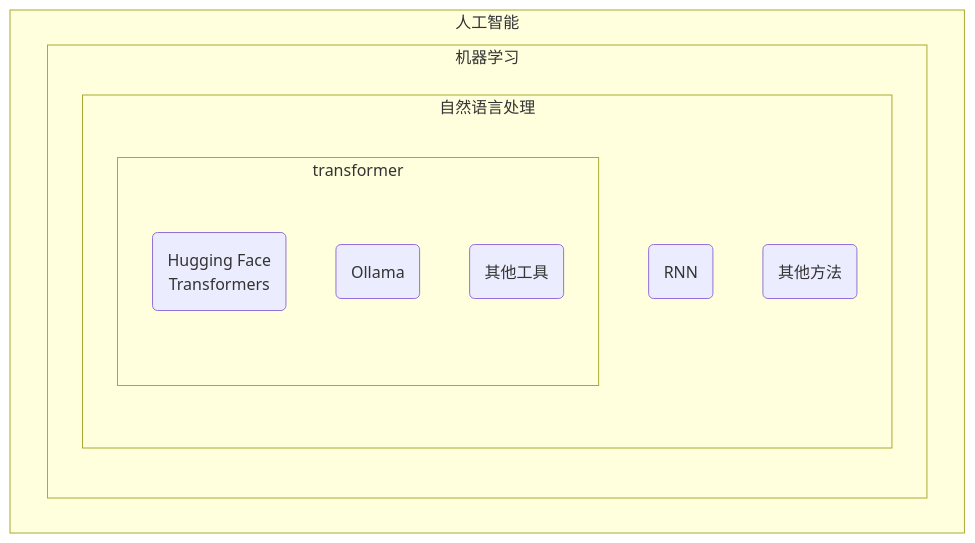
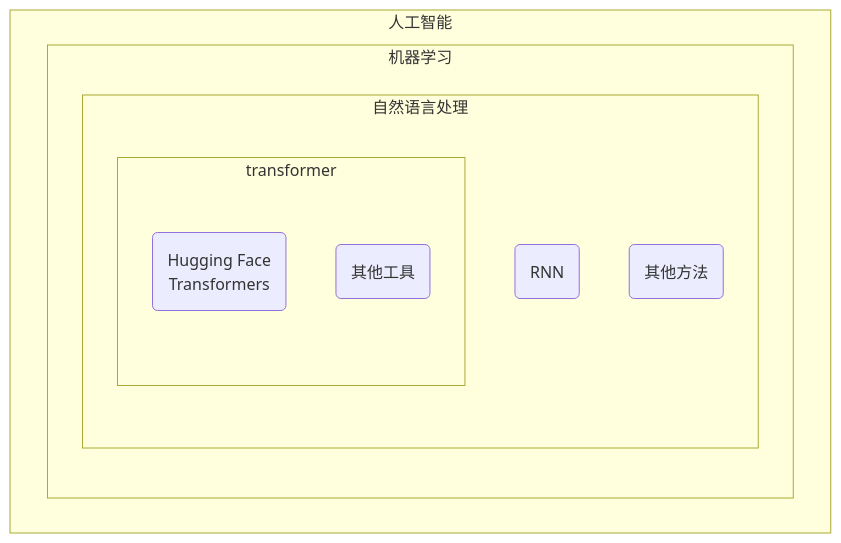
The first of 3 diagrams in docs/e-nlp/08-huggingface.md (hughxusu/lesson-ai), drawn with Mermaid before and after one commit. The commit also changed other lines of this file and 2 other files, not shown here.

````diff
--- a/docs/e-nlp/08-huggingface.md
+++ b/docs/e-nlp/08-huggingface.md
@@ -21,16 +21,15 @@
 ```mermaid
 flowchart TB
     subgraph 人工智能
         subgraph 机器学习
           subgraph 自然语言处理
             a(RNN)
             c(其他方法)
             subgraph transformer
             	b(Hugging Face \n Transformers)
-            	d(Ollama)
             	e(其他工具)
             end
           end
         end
     end
 ```
````
